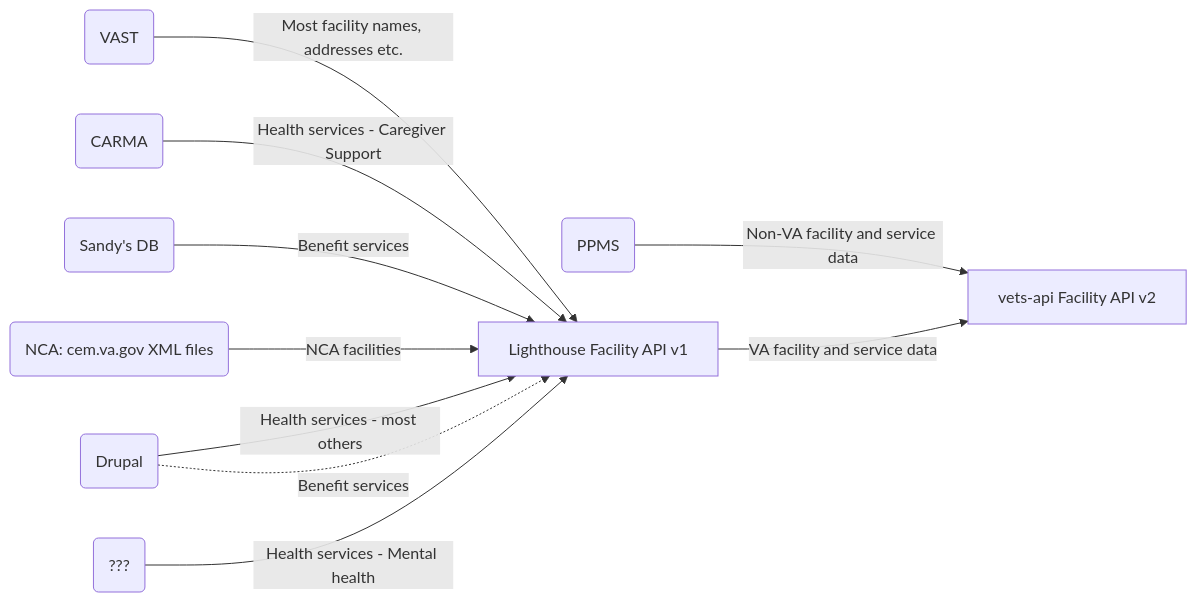
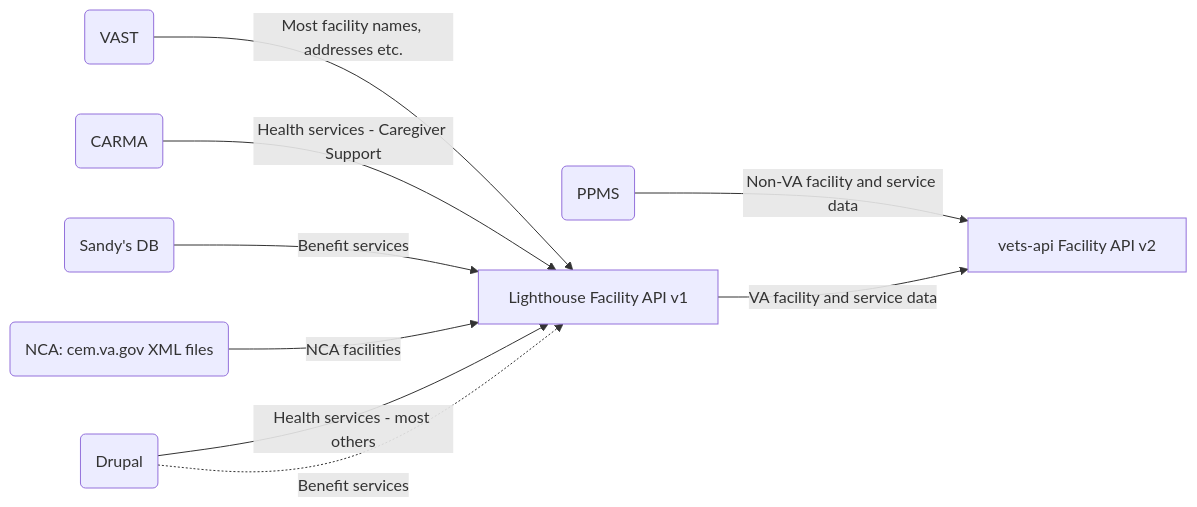
Before and after one commit to department-of-veterans-affairs/va.gov-team: the second of 2 diagrams in products/facilities/facilities-api/README.md, drawn with Mermaid.

Commit message:
Update facilities-api README.md diagram

````diff
--- a/products/facilities/facilities-api/README.md
+++ b/products/facilities/facilities-api/README.md
@@ -68,13 +68,12 @@
 ```mermaid
 flowchart LR
     O(VAST) -->|Most facility names, addresses etc.| W
     P(CARMA) --> |Health services - Caregiver Support| W
     S(Sandy's DB)-->|Benefit services| W
     M(NCA: cem.va.gov XML files) --> |NCA facilities | W
     U(PPMS) -->|Non-VA facility and service data| Y
     T(Drupal) -->|Health services - most others| W
     T -.->|Benefit services| W
-    Q(???) -->|Health services - Mental health| W 
     W[Lighthouse Facility API v1] -->|VA facility and service data| Y
     Y[vets-api Facility API v2]
 ```
````
